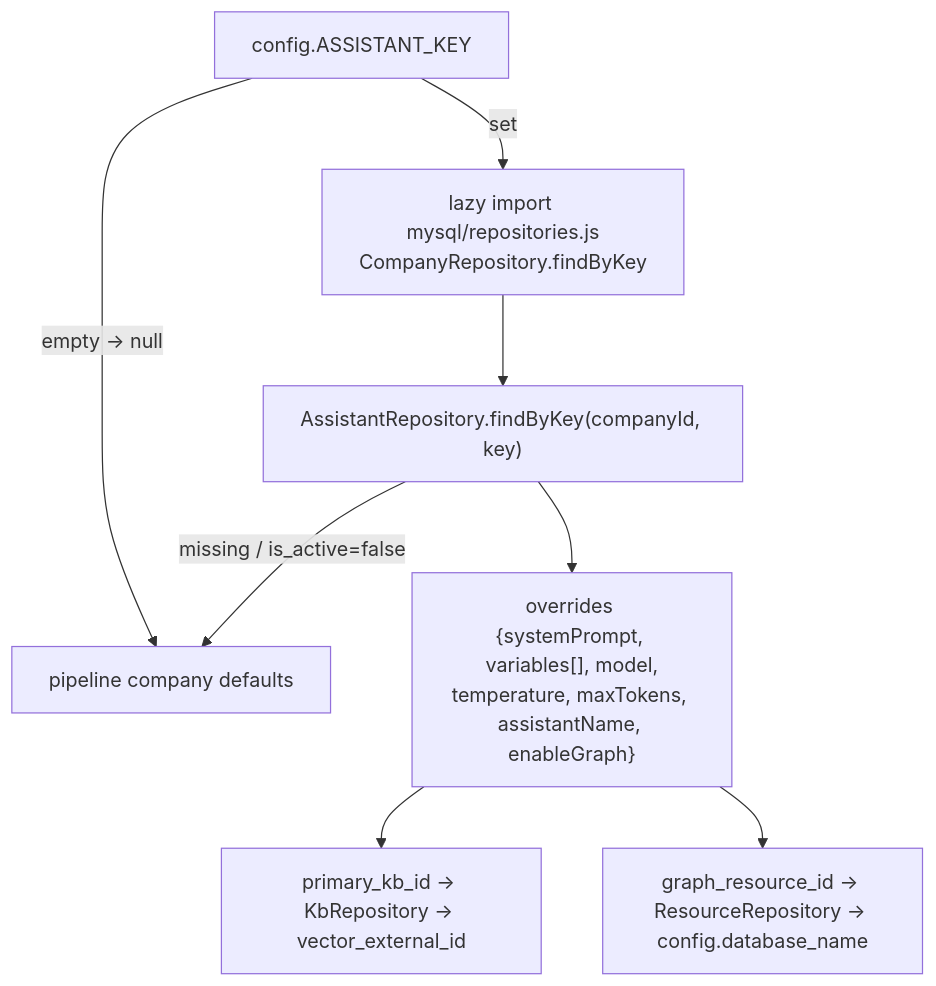
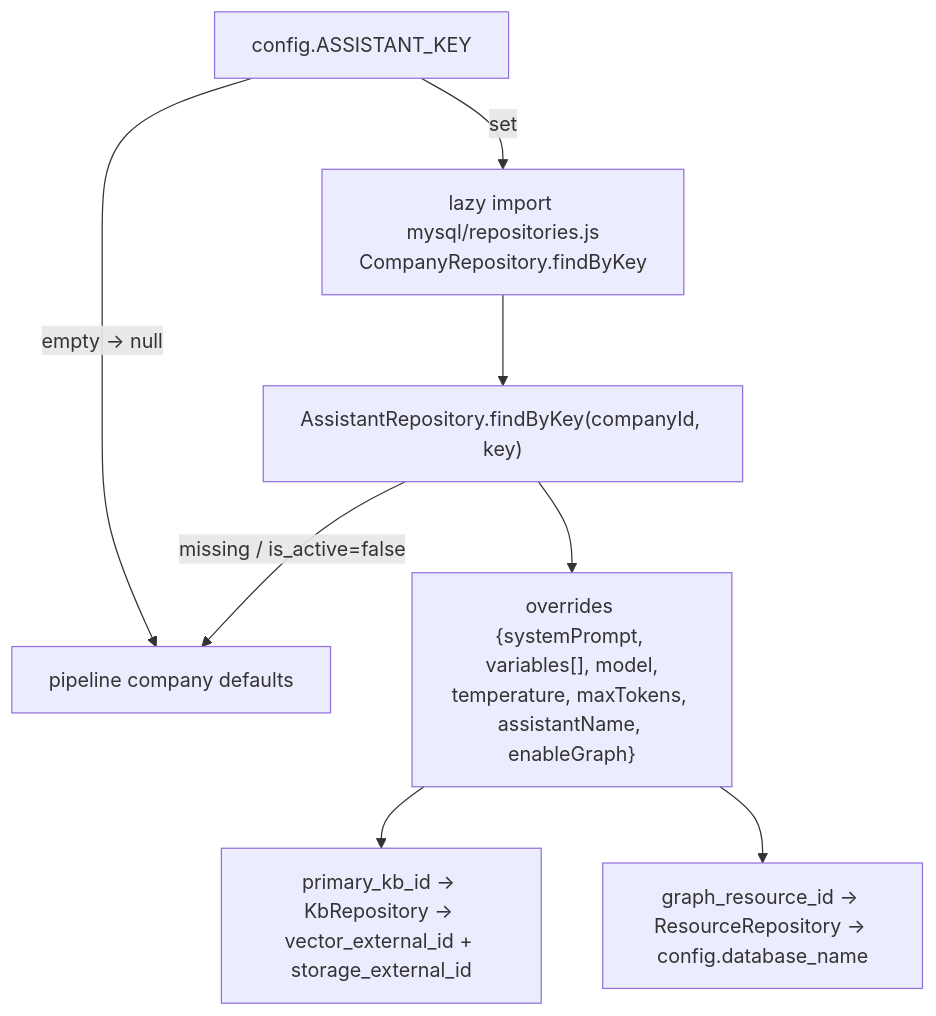
Before and after one commit to SyedSaqibRuman/cloudflare-rag-test: the diagram in wiki/cloudflare wiki/04 - Features/Assistant Personas.md, drawn with Mermaid. The commit also changed other lines of this file and 6 other files, not shown here.

First line of the commit message:
feat(query): honor assistant primary-KB storage bucket at ask time

````diff
--- a/wiki/cloudflare wiki/04 - Features/Assistant Personas.md
+++ b/wiki/cloudflare wiki/04 - Features/Assistant Personas.md
@@ -19,10 +19,10 @@
 ```mermaid
 flowchart TD
     CK["config.ASSISTANT_KEY"] -->|"empty → null"| OFF[pipeline company defaults]
     CK -->|set| MY["lazy import mysql/repositories.js<br/>CompanyRepository.findByKey"]
     MY --> AR["AssistantRepository.findByKey(companyId, key)"]
     AR -->|"missing / is_active=false"| OFF
     AR --> OVR["overrides {systemPrompt, variables[], model,<br/>temperature, maxTokens, assistantName, enableGraph}"]
-    OVR --> PB["primary_kb_id → KbRepository → vector_external_id"]
+    OVR --> PB["primary_kb_id → KbRepository → vector_external_id + storage_external_id"]
     OVR --> GR["graph_resource_id → ResourceRepository → config.database_name"]
 ```
````
